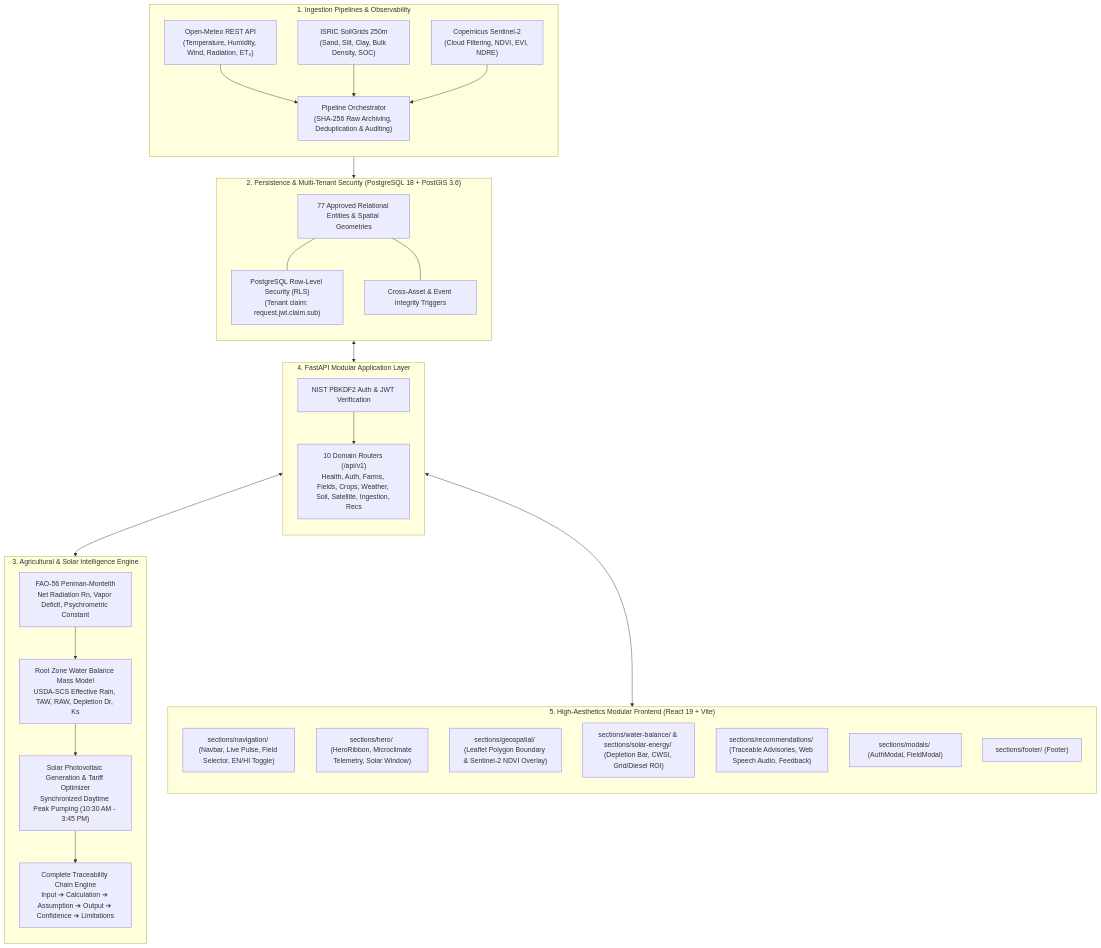
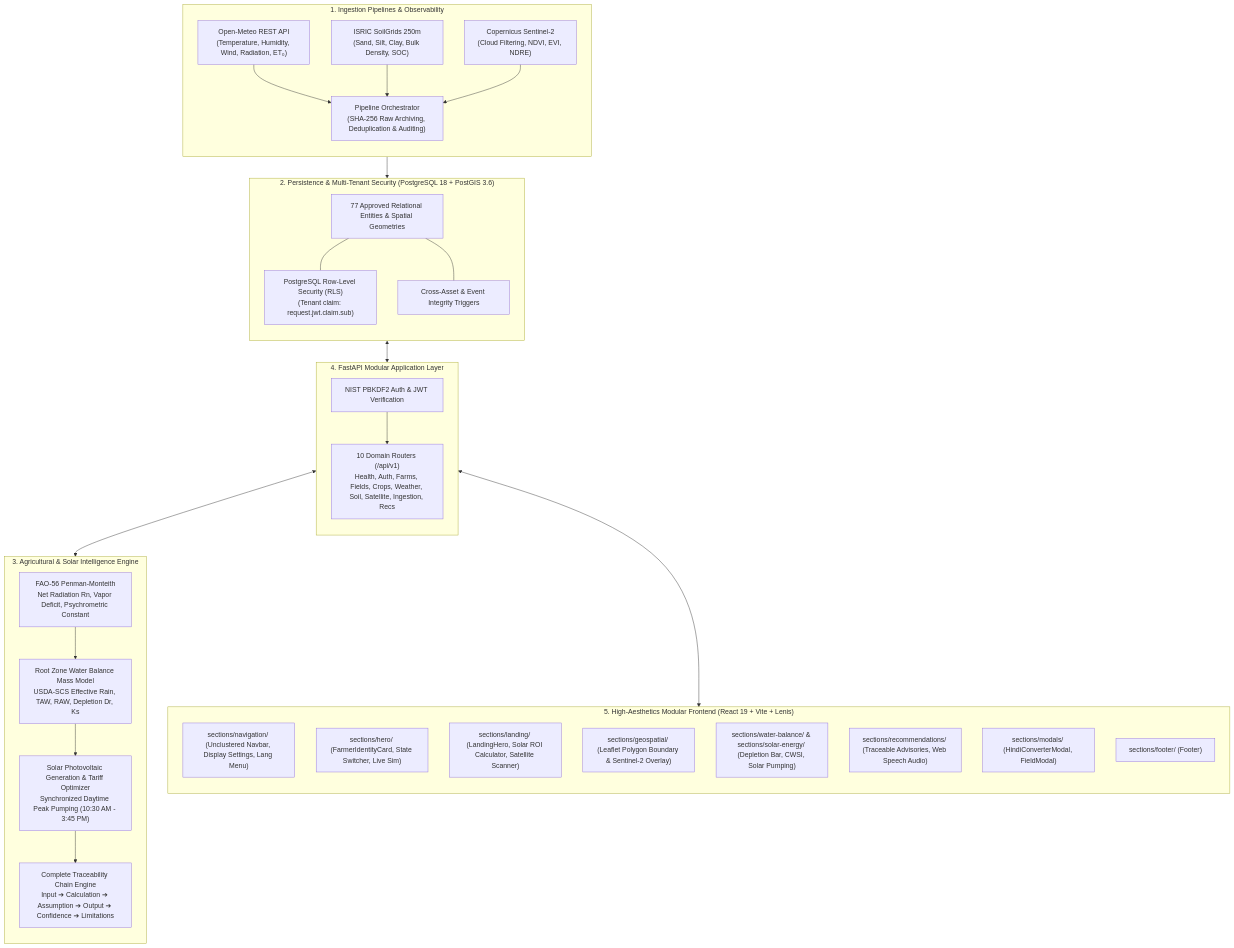
Before and after one commit to nikhillakra2007-tech/yuva-energy: the diagram in README.md, drawn with Mermaid. The commit also changed other lines of this file, not shown here.

Commit message:
docs: update README.md with live links, multi-state profiles, live simulation engine, and hindi converter

````diff
--- a/README.md
+++ b/README.md
@@ -16,56 +67,57 @@
 ```mermaid
 flowchart TB
     subgraph INGESTION["1. Ingestion Pipelines & Observability"]
         direction TB
         OM["Open-Meteo REST API<br/>(Temperature, Humidity, Wind, Radiation, ET₀)"]
         SG["ISRIC SoilGrids 250m<br/>(Sand, Silt, Clay, Bulk Density, SOC)"]
         S2["Copernicus Sentinel-2<br/>(Cloud Filtering, NDVI, EVI, NDRE)"]
         ORCH["Pipeline Orchestrator<br/>(SHA-256 Raw Archiving, Deduplication & Auditing)"]
         OM --> ORCH
         SG --> ORCH
         S2 --> ORCH
     end
 
     subgraph DATABASE["2. Persistence & Multi-Tenant Security (PostgreSQL 18 + PostGIS 3.6)"]
         direction TB
         ENT77["77 Approved Relational Entities & Spatial Geometries"]
         RLS["PostgreSQL Row-Level Security (RLS)<br/>(Tenant claim: request.jwt.claim.sub)"]
         TRIG["Cross-Asset & Event Integrity Triggers"]
         ORCH --> ENT77
         ENT77 --- RLS
         ENT77 --- TRIG
     end
 
     subgraph ENGINE["3. Agricultural & Solar Intelligence Engine"]
         direction TB
         PM["FAO-56 Penman-Monteith<br/>Net Radiation Rn, Vapor Deficit, Psychrometric Constant"]
         WB["Root Zone Water Balance Mass Model<br/>USDA-SCS Effective Rain, TAW, RAW, Depletion Dr, Ks"]
         SOLAR["Solar Photovoltaic Generation & Tariff Optimizer<br/>Synchronized Daytime Peak Pumping (10:30 AM - 3:45 PM)"]
         TRACE["Complete Traceability Chain Engine<br/>Input ➔ Calculation ➔ Assumption ➔ Output ➔ Confidence ➔ Limitations"]
         PM --> WB
         WB --> SOLAR
         SOLAR --> TRACE
     end
 
     subgraph API["4. FastAPI Modular Application Layer"]
         direction TB
         JWT["NIST PBKDF2 Auth & JWT Verification"]
         ROUTERS["10 Domain Routers (/api/v1)<br/>Health, Auth, Farms, Fields, Crops, Weather, Soil, Satellite, Ingestion, Recs"]
         JWT --> ROUTERS
     end
 
-    subgraph FRONTEND["5. High-Aesthetics Modular Frontend (React 19 + Vite)"]
+    subgraph FRONTEND["5. High-Aesthetics Modular Frontend (React 19 + Vite + Lenis)"]
         direction TB
-        NAV["sections/navigation/ (Navbar, Live Pulse, Field Selector, EN/HI Toggle)"]
-        HERO["sections/hero/ (HeroRibbon, Microclimate Telemetry, Solar Window)"]
-        MAP["sections/geospatial/ (Leaflet Polygon Boundary & Sentinel-2 NDVI Overlay)"]
-        DIAG["sections/water-balance/ & sections/solar-energy/ (Depletion Bar, CWSI, Grid/Diesel ROI)"]
-        RECS["sections/recommendations/ (Traceable Advisories, Web Speech Audio, Feedback)"]
-        MODALS["sections/modals/ (AuthModal, FieldModal)"]
+        NAV["sections/navigation/ (Unclustered Navbar, Display Settings, Lang Menu)"]
+        ID["sections/hero/ (FarmerIdentityCard, State Switcher, Live Sim)"]
+        HERO["sections/landing/ (LandingHero, Solar ROI Calculator, Satellite Scanner)"]
+        MAP["sections/geospatial/ (Leaflet Polygon Boundary & Sentinel-2 Overlay)"]
+        DIAG["sections/water-balance/ & sections/solar-energy/ (Depletion Bar, CWSI, Solar Pumping)"]
+        RECS["sections/recommendations/ (Traceable Advisories, Web Speech Audio)"]
+        MODALS["sections/modals/ (HindiConverterModal, FieldModal)"]
         FOOTER["sections/footer/ (Footer)"]
     end
 
     ENT77 <--> ROUTERS
     ROUTERS <--> ENGINE
     ROUTERS <--> FRONTEND
 ```
````
